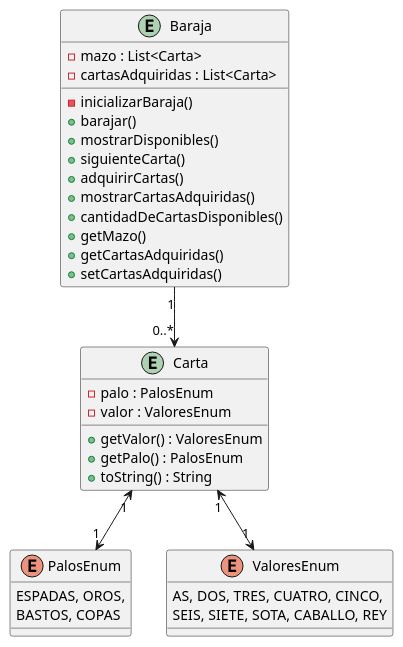
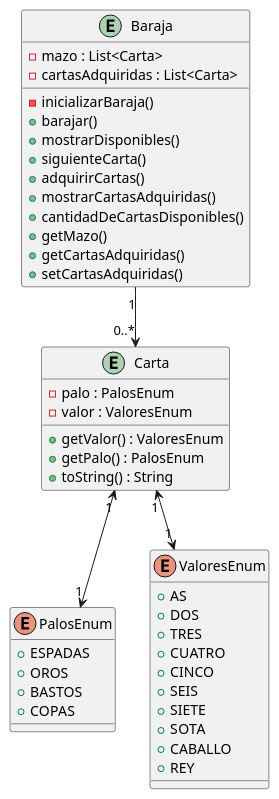
The diagram in BackEnd_2/10- Relaciones entre clases/03-cartas_espaniolas/juego_de_cartas/src/main/java/com/app/uml/diagrams.puml (r0minaflorencia/Egg-Argentina-Programa-4.0), drawn with PlantUML before and after one commit. The commit also changed 1 other file, not shown here.

Commit message:
update .gitignore and class diagram

```diff
--- a/BackEnd_2/10- Relaciones entre clases/03-cartas_espaniolas/juego_de_cartas/src/main/java/com/app/uml/diagrams.puml
+++ b/BackEnd_2/10- Relaciones entre clases/03-cartas_espaniolas/juego_de_cartas/src/main/java/com/app/uml/diagrams.puml
@@ -1,40 +1,50 @@
 @startuml juego_de_cartas
 
 entity Carta {
     - palo : PalosEnum
     - valor : ValoresEnum
     + getValor() : ValoresEnum
     + getPalo() : PalosEnum
     + toString() : String
 }
 
 entity Baraja {
     - mazo : List<Carta>
     - cartasAdquiridas : List<Carta>
     - inicializarBaraja()
     + barajar()
     + mostrarDisponibles()
     + siguienteCarta()
     + adquirirCartas()
     + mostrarCartasAdquiridas()
     + cantidadDeCartasDisponibles()
     + getMazo()
     + getCartasAdquiridas()
     + setCartasAdquiridas()
 }
 
 enum PalosEnum {
-    ESPADAS, OROS,
-    BASTOS, COPAS
+    + ESPADAS
+    + OROS
+    + BASTOS
+    + COPAS
 }
 
 enum ValoresEnum {
-    AS, DOS, TRES, CUATRO, CINCO,
-    SEIS, SIETE, SOTA, CABALLO, REY
+    + AS
+    + DOS
+    + TRES
+    + CUATRO
+    + CINCO
+    + SEIS
+    + SIETE
+    + SOTA
+    + CABALLO
+    + REY
 }
 
 Carta "1" <--> "1" PalosEnum
 Carta "1" <--> "1" ValoresEnum
 Baraja "1" --> "0..*" Carta
 
 @enduml
```
